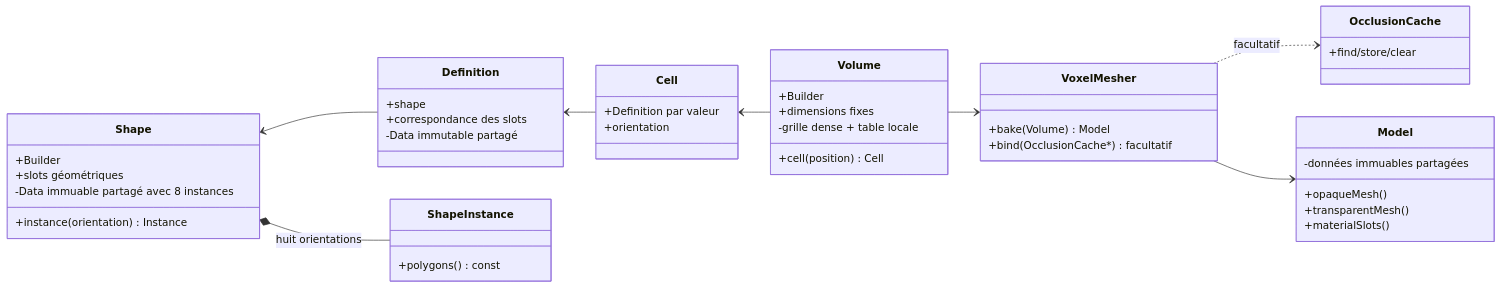
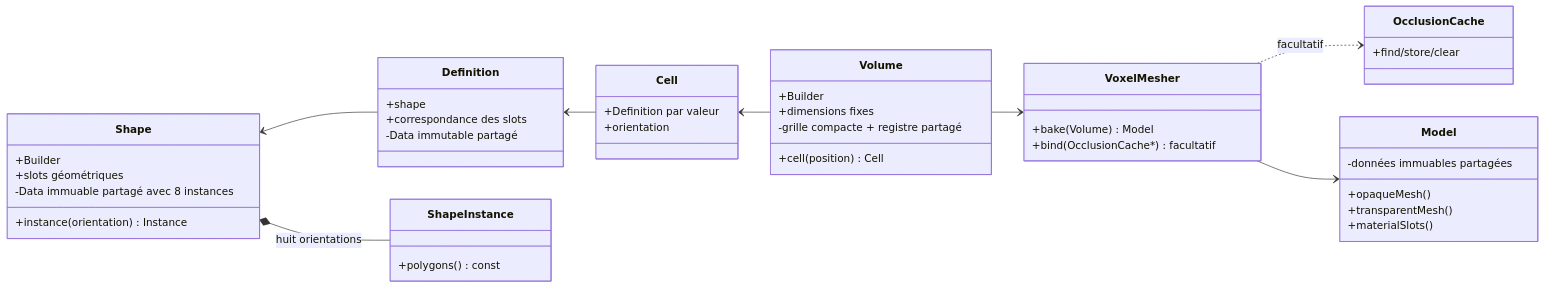
One commit to EreliaStudio/Sparkle changed the diagram in docs/voxel-engine-v0.1.4/02-modele-voxel.md. Above: the diagram before and after it, drawn with Mermaid. The commit also changed other lines of this file and 12 other files, not shown here.

````diff
--- a/docs/voxel-engine-v0.1.4/02-modele-voxel.md
+++ b/docs/voxel-engine-v0.1.4/02-modele-voxel.md
@@ -7,48 +7,48 @@
 ```mermaid
 classDiagram
   direction LR
   class Shape {
     +Builder
     +slots géométriques
     +instance(orientation) Instance
     -Data immuable partagé avec 8 instances
   }
   class Definition {
     +shape
     +correspondance des slots
     -Data immutable partagé
   }
   class Cell {
     +Definition par valeur
     +orientation
   }
   class Volume {
     +Builder
     +dimensions fixes
     +cell(position) Cell
-    -grille dense + table locale
+    -grille compacte + registre partagé
   }
   class Model {
     +opaqueMesh()
     +transparentMesh()
     +materialSlots()
     -données immuables partagées
   }
   class ShapeInstance {
     +polygons() const
   }
   class OcclusionCache {
     +find/store/clear
   }
   class VoxelMesher {
     +bake(Volume) Model
     +bind(OcclusionCache*) facultatif
   }
   Shape <-- Definition
   Definition <-- Cell
   Cell <-- Volume
   Shape *-- ShapeInstance : huit orientations
   VoxelMesher ..> OcclusionCache : facultatif
   Volume --> VoxelMesher
   VoxelMesher --> Model
 ```
````
